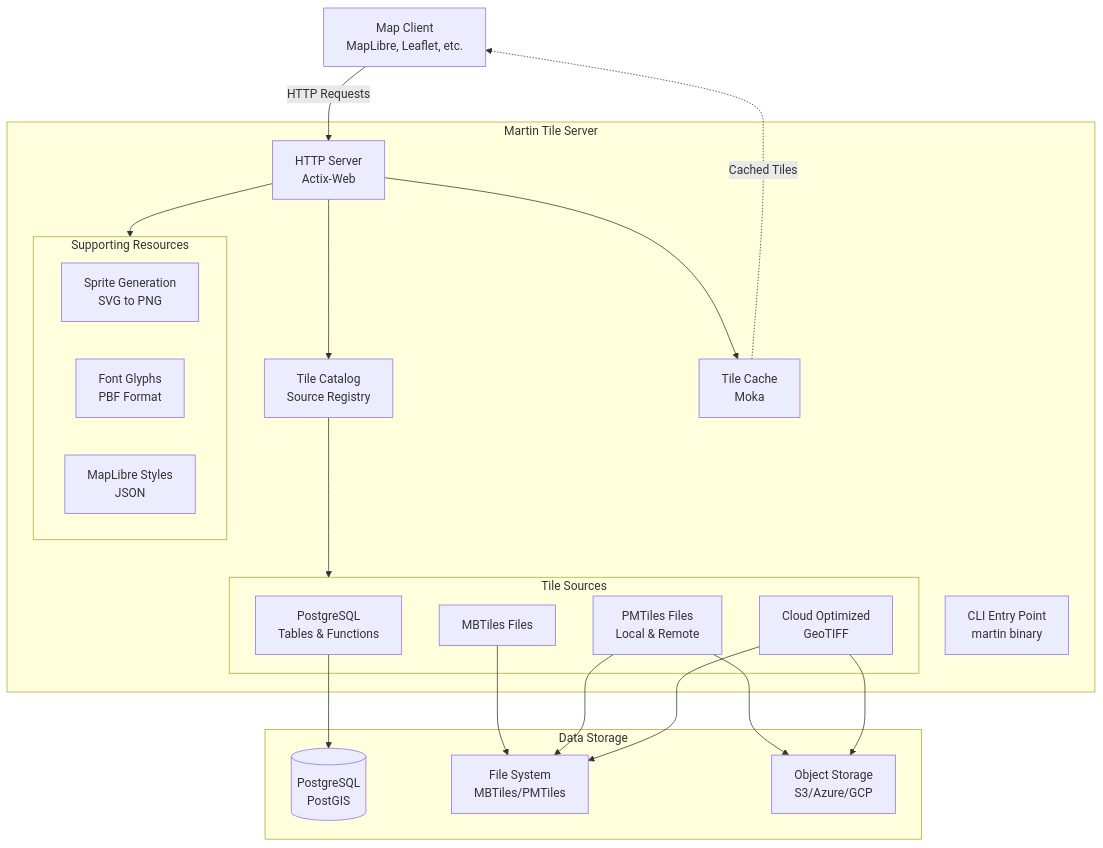
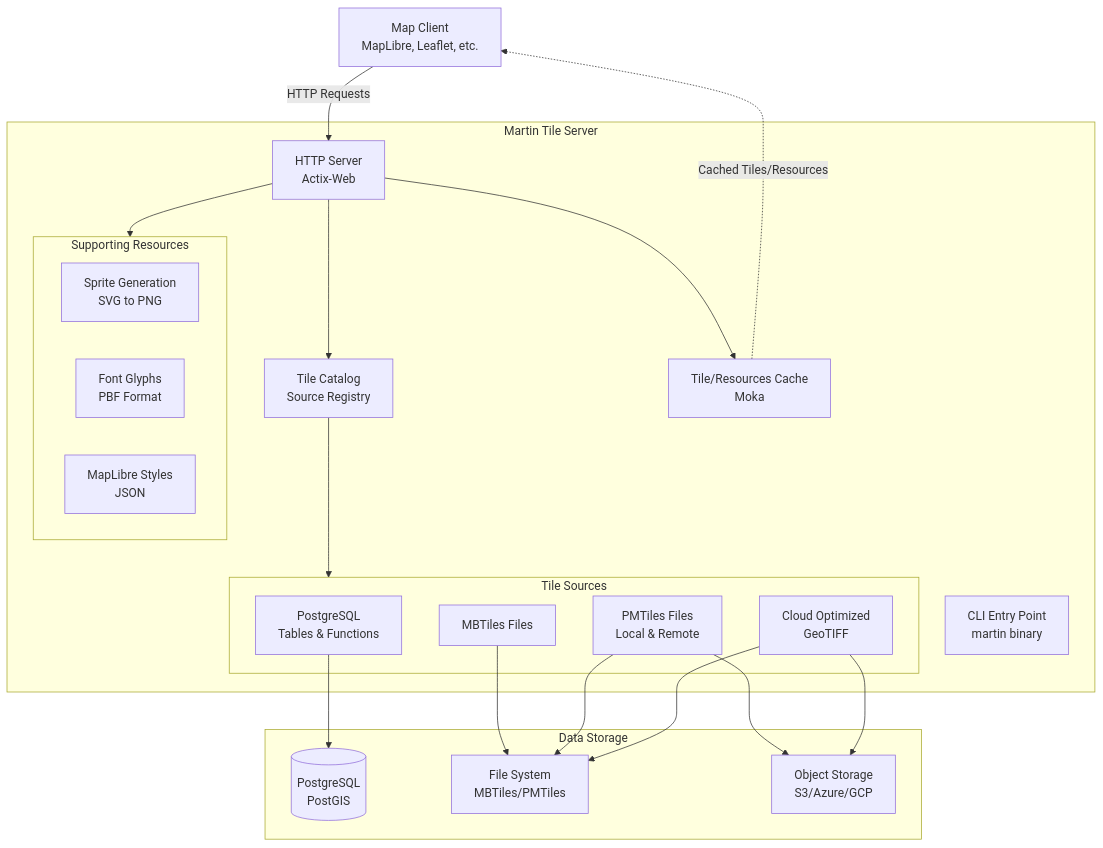
Before and after one commit to maplibre/martin: the first of 6 diagrams in docs/src/architecture.md, drawn with Mermaid.

Commit message:
Apply suggestions from code review

````diff
--- a/docs/src/architecture.md
+++ b/docs/src/architecture.md
@@ -9,46 +9,46 @@
 ```mermaid
 graph TB
     Client[Map Client<br/>MapLibre, Leaflet, etc.]
     
     subgraph Martin["Martin Tile Server"]
         CLI[CLI Entry Point<br/>martin binary]
         Server[HTTP Server<br/>Actix-Web]
         
         subgraph Sources["Tile Sources"]
             PG[PostgreSQL<br/>Tables & Functions]
             MBT[MBTiles Files]
             PMT[PMTiles Files<br/>Local & Remote]
             COG[Cloud Optimized<br/>GeoTIFF]
         end
         
         subgraph Resources["Supporting Resources"]
             Sprites[Sprite Generation<br/>SVG to PNG]
             Fonts[Font Glyphs<br/>PBF Format]
             Styles[MapLibre Styles<br/>JSON]
         end
         
         Catalog[Tile Catalog<br/>Source Registry]
-        Cache[Tile Cache<br/>Moka]
+        Cache[Tile/Resources Cache<br/>Moka]
     end
     
     subgraph Storage["Data Storage"]
         DB[(PostgreSQL<br/>PostGIS)]
         Files[File System<br/>MBTiles/PMTiles]
         S3[Object Storage<br/>S3/Azure/GCP]
     end
     
     Client -->|HTTP Requests| Server
     Server --> Catalog
     Catalog --> Sources
     Server --> Resources
     Server --> Cache
     
     PG --> DB
     MBT --> Files
     PMT --> Files
     PMT --> S3
     COG --> Files
     COG --> S3
     
-    Cache -.->|Cached Tiles| Client
+    Cache -.->|Cached Tiles/Resources| Client
 ```
````
